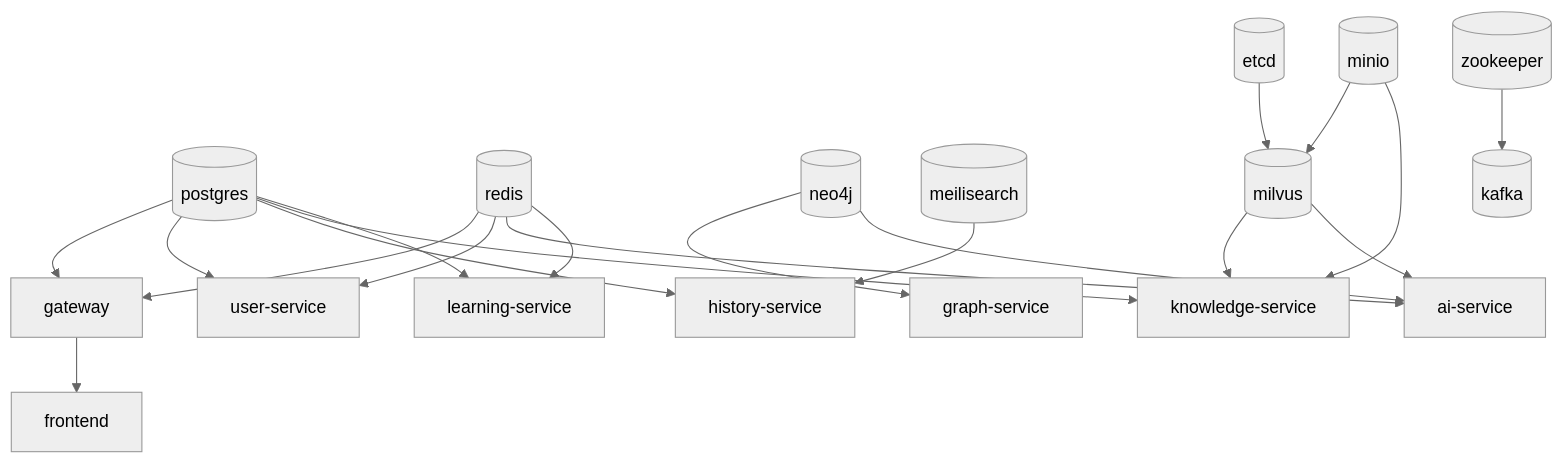
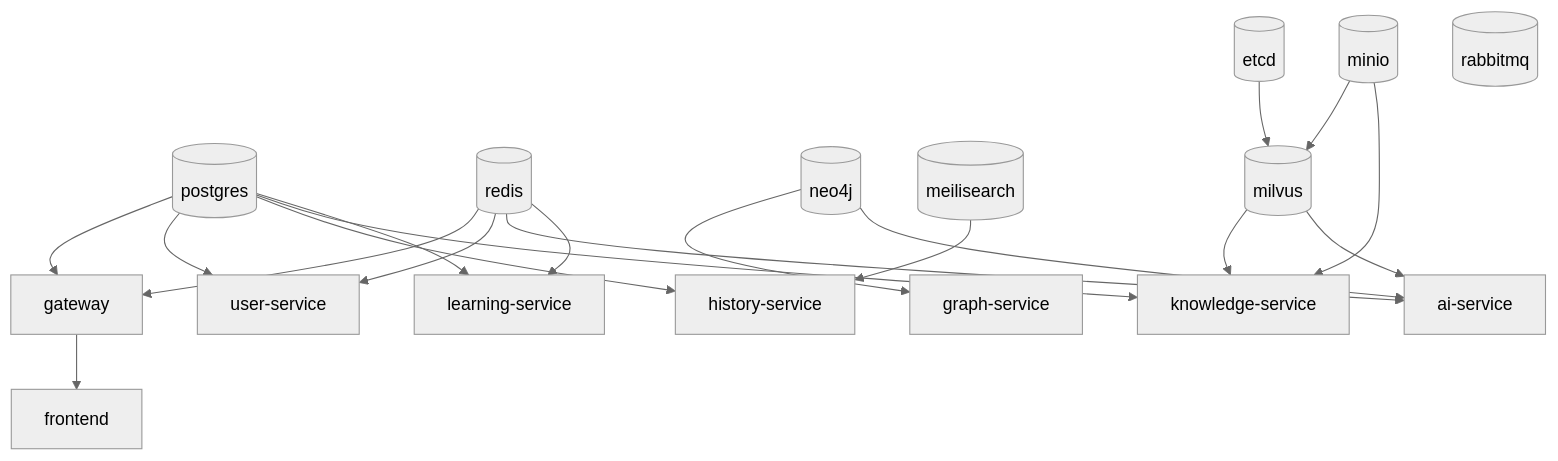
One commit to zhangzhenling/TCM-History-AI changed the second of 2 diagrams in 15-Docker部署.md. Above: the diagram before and after it, drawn with Mermaid (neutral theme). The commit also changed other lines of this file and 8 other files, not shown here.

````diff
--- a/15-Docker部署.md
+++ b/15-Docker部署.md
@@ -727,44 +703,42 @@
 ```mermaid
 graph TD
     PG[(postgres)]
     RD[(redis)]
     NEO[(neo4j)]
     ETCD[(etcd)]
     MIN[(minio)]
     MEI[(meilisearch)]
-    ZK[(zookeeper)]
+    RMQ[(rabbitmq)]
 
     MIL[(milvus)]
-    KAFKA[(kafka)]
 
     GW[gateway]
     US[user-service]
     HS[history-service]
     KS[knowledge-service]
     GS[graph-service]
     AIS[ai-service]
     LS[learning-service]
     FE[frontend]
 
     ETCD --> MIL
     MIN --> MIL
-    ZK --> KAFKA
 
     PG --> GW
     RD --> GW
     PG --> US
     RD --> US
     PG --> HS
     MEI --> HS
     PG --> KS
     MIL --> KS
     MIN --> KS
     NEO --> GS
     MIL --> AIS
     NEO --> AIS
     RD --> AIS
     PG --> LS
     RD --> LS
 
     GW --> FE
 ```
````
